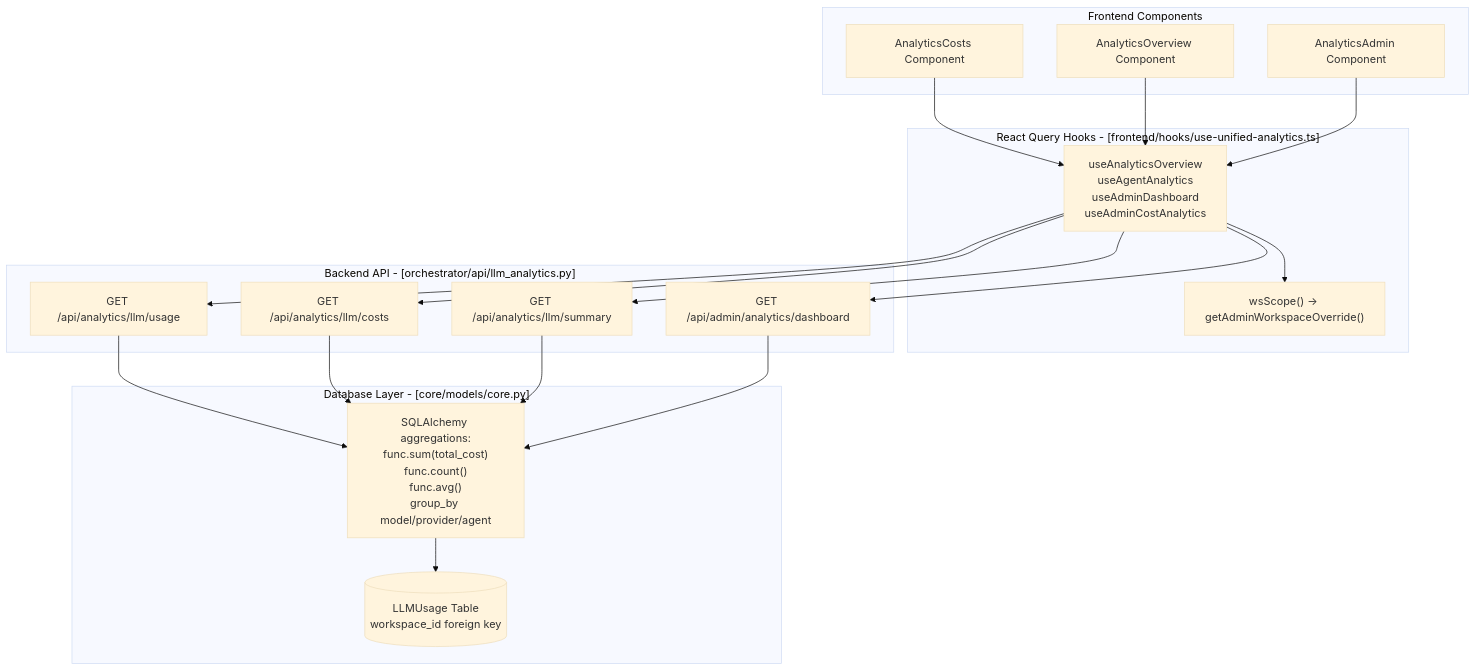
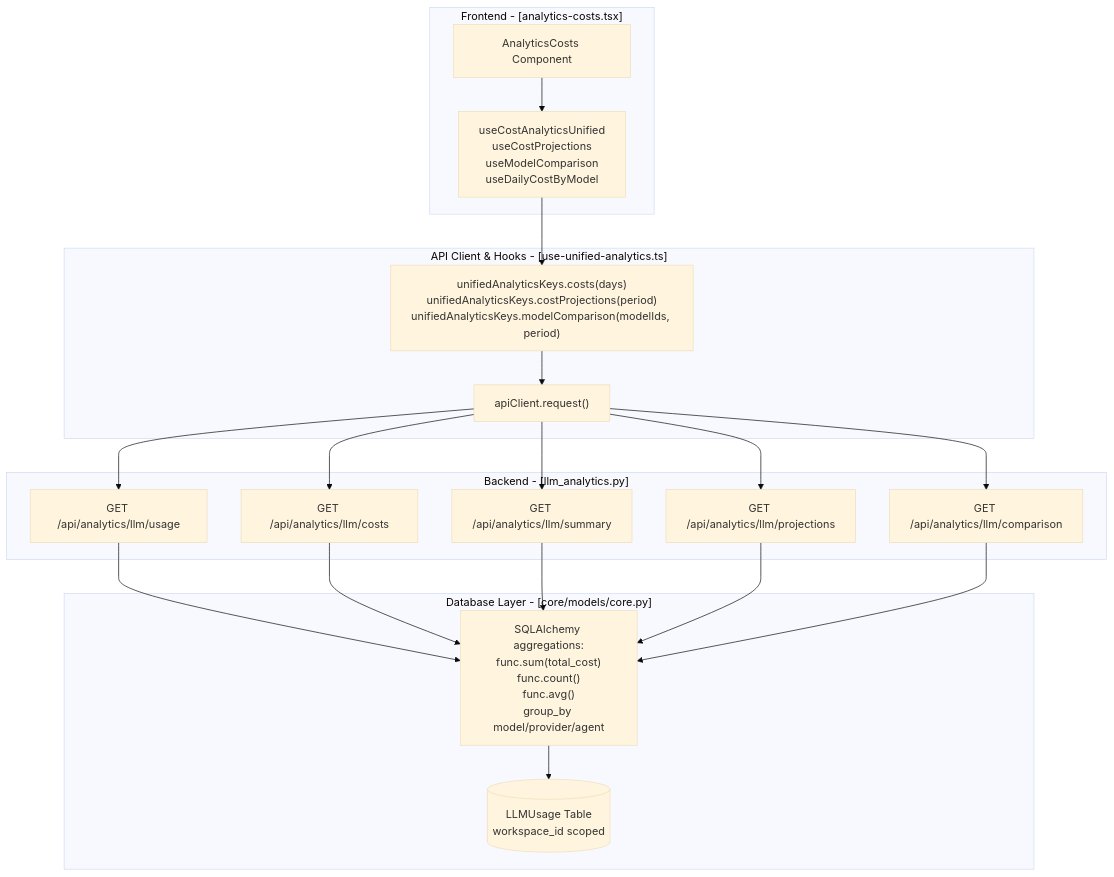
The first of 3 diagrams in docs/analytics-monitoring/cost-analytics.md (AutomatosAI/automatos-ai), drawn with Mermaid (base theme) before and after one commit. The commit also changed other lines of this file and 153 other files, not shown here.

````diff
--- a/docs/analytics-monitoring/cost-analytics.md
+++ b/docs/analytics-monitoring/cost-analytics.md
@@ -71,42 +70,42 @@
 ```mermaid
 graph TB
-    subgraph "Frontend Components"
+    subgraph "Frontend - [analytics-costs.tsx]"
         CostsUI["AnalyticsCosts Component"]
-        OverviewUI["AnalyticsOverview Component"]
-        AdminUI["AnalyticsAdmin Component"]
+        CostHooks["useCostAnalyticsUnified<br/>useCostProjections<br/>useModelComparison<br/>useDailyCostByModel"]
     end
     
-    subgraph "React Query Hooks - [frontend/hooks/use-unified-analytics.ts]"
-        wsScope["wsScope() -> getAdminWorkspaceOverride()"]
-        CostHooks["useAnalyticsOverview<br/>useAgentAnalytics<br/>useAdminDashboard<br/>useAdminCostAnalytics"]
+    subgraph "API Client & Hooks - [use-unified-analytics.ts]"
+        QueryKeys["unifiedAnalyticsKeys.costs(days)<br/>unifiedAnalyticsKeys.costProjections(period)<br/>unifiedAnalyticsKeys.modelComparison(modelIds, period)"]
+        APIClient["apiClient.request()"]
     end
     
-    subgraph "Backend API - [orchestrator/api/llm_analytics.py]"
+    subgraph "Backend - [llm_analytics.py]"
         UsageEndpoint["GET /api/analytics/llm/usage"]
         CostsEndpoint["GET /api/analytics/llm/costs"]
         SummaryEndpoint["GET /api/analytics/llm/summary"]
-        AdminDashboard["GET /api/admin/analytics/dashboard"]
+        ProjectionsEndpoint["GET /api/analytics/llm/projections"]
+        ComparisonEndpoint["GET /api/analytics/llm/comparison"]
     end
     
     subgraph "Database Layer - [core/models/core.py]"
-        LLMUsageTable[("LLMUsage Table<br/>workspace_id foreign key")]
+        LLMUsageTable[("LLMUsage Table<br/>workspace_id scoped")]
         Aggregations["SQLAlchemy aggregations:<br/>func.sum(total_cost)<br/>func.count()<br/>func.avg()<br/>group_by model/provider/agent"]
     end
     
     CostsUI --> CostHooks
-    OverviewUI --> CostHooks
-    AdminUI --> CostHooks
-    
-    CostHooks --> wsScope
-    CostHooks --> UsageEndpoint
-    CostHooks --> CostsEndpoint
-    CostHooks --> SummaryEndpoint
-    CostHooks --> AdminDashboard
+    CostHooks --> QueryKeys
+    QueryKeys --> APIClient
+    APIClient --> UsageEndpoint
+    APIClient --> CostsEndpoint
+    APIClient --> SummaryEndpoint
+    APIClient --> ProjectionsEndpoint
+    APIClient --> ComparisonEndpoint
     
     UsageEndpoint --> Aggregations
     CostsEndpoint --> Aggregations
     SummaryEndpoint --> Aggregations
-    AdminDashboard --> Aggregations
+    ProjectionsEndpoint --> Aggregations
+    ComparisonEndpoint --> Aggregations
     
     Aggregations --> LLMUsageTable
 ```
````
